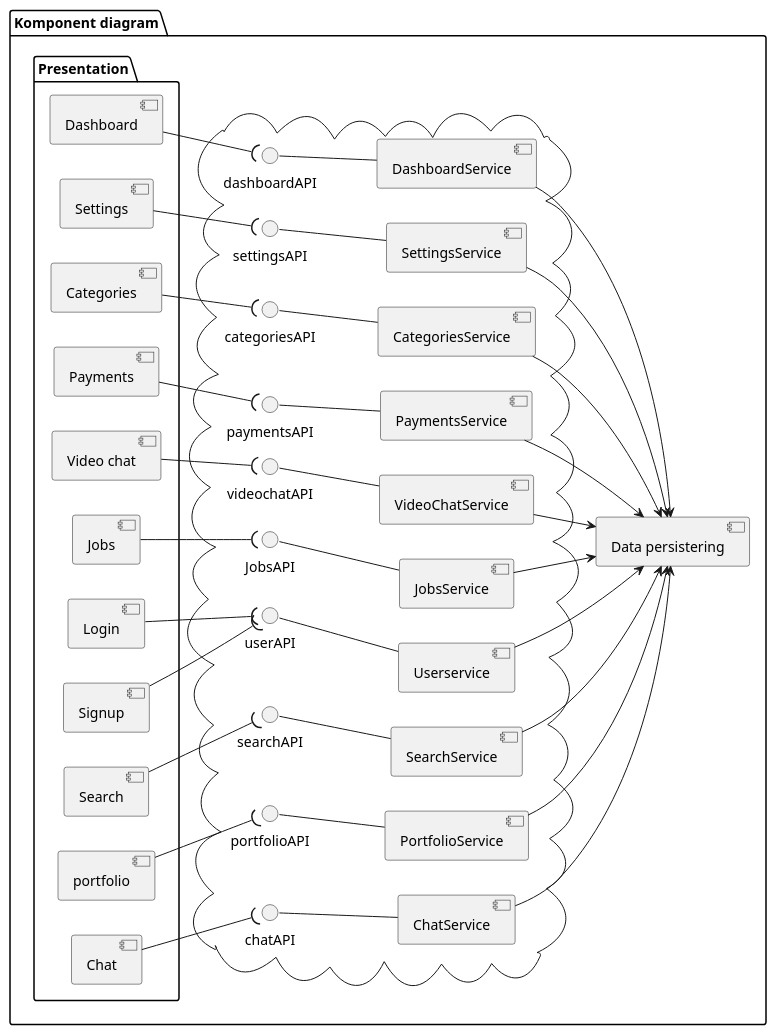
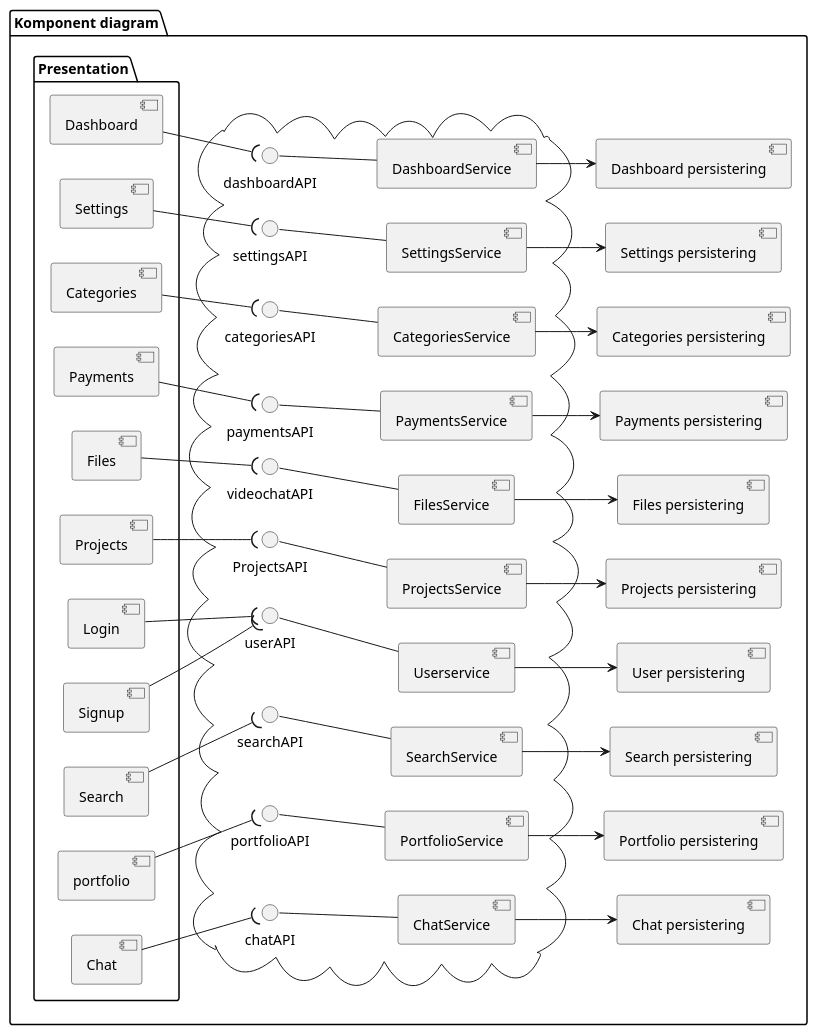
Before and after one commit to converge-app/diagrams: the diagram in src/software-architecture/physical-view/component-diagram.pu, drawn with PlantUML. The commit also changed 1 other file, not shown here.

```diff
--- a/src/software-architecture/physical-view/component-diagram.pu
+++ b/src/software-architecture/physical-view/component-diagram.pu
@@ -1,69 +1,69 @@
 @startuml
 
 skinparam monochrome true
 skinparam componentStyle uml2
 left to right direction 
 
 
 package "Komponent diagram" as ma{
 folder "Presentation" as ts{
   
 [Login]
 [Signup]
 [Search]
 [portfolio]
 [Chat]
 [Dashboard]
 [Settings]
 [Categories]
 [Payments]
-[Video chat]
-[Jobs]
+[Files]
+[Projects]
   
 }
 
 
 cloud {
   
   [Userservice] -up- userAPI
   [SearchService] -up- searchAPI
   [PortfolioService] -up- portfolioAPI
   [ChatService] -up- chatAPI
   [DashboardService] -up- dashboardAPI 
   [SettingsService] -up-  settingsAPI
   [CategoriesService] -up- categoriesAPI
   [PaymentsService] -up- paymentsAPI
-  [VideoChatService] -up- videochatAPI
-  [JobsService] -up- JobsAPI
+  [FilesService] -up- videochatAPI
+  [ProjectsService] -up- ProjectsAPI
   
   
   }
 
   [Login] --( userAPI
   [Signup] --( userAPI
   [Search] --( searchAPI
   [portfolio] --(  portfolioAPI
   [Chat] --( chatAPI
   [Dashboard] -( dashboardAPI 
   [Settings] -( settingsAPI
   [Categories] -( categoriesAPI
   [Payments] -( paymentsAPI
-  [Video chat] -( videochatAPI
-  [Jobs] -( JobsAPI
+  [Files] -( videochatAPI
+  [Projects] -( ProjectsAPI
   
   
-  [Userservice] --> [Data persistering]
-  [SearchService] --> [Data persistering]
-  [PortfolioService] --> [Data persistering]
-  [ChatService] --> [Data persistering]
-  [DashboardService] --> [Data persistering]
-  [SettingsService] --> [Data persistering]
-  [CategoriesService] --> [Data persistering]
-  [PaymentsService] --> [Data persistering]
-  [VideoChatService] --> [Data persistering]
-  [JobsService] --> [Data persistering]
+  [Userservice] --> [User persistering]
+  [SearchService] --> [Search persistering]
+  [PortfolioService] --> [Portfolio persistering]
+  [ChatService] --> [Chat persistering]
+  [DashboardService] --> [Dashboard persistering]
+  [SettingsService] --> [Settings persistering]
+  [CategoriesService] --> [Categories persistering]
+  [PaymentsService] --> [Payments persistering]
+  [FilesService] --> [Files persistering]
+  [ProjectsService] --> [Projects persistering]
   
 
 }
 
 @enduml
```
